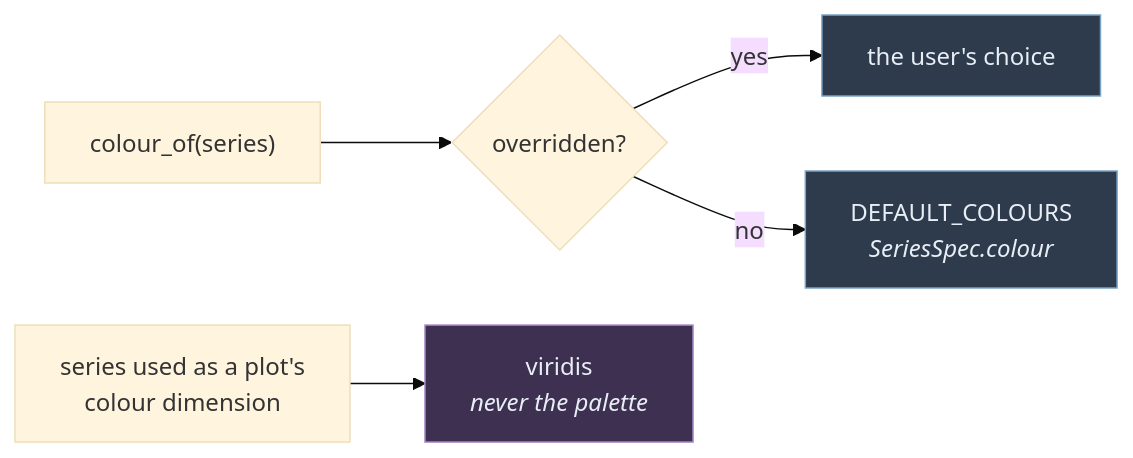
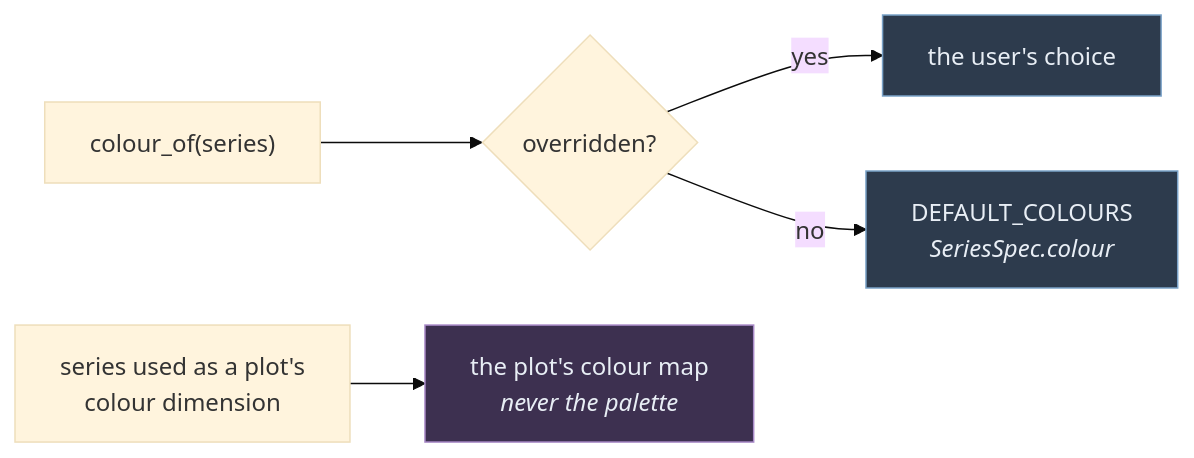
One commit to fabstr/voicevis changed the second of 3 diagrams in src/SeriesRegistry.md. Above: the diagram before and after it, drawn with Mermaid (base theme). The commit also changed other lines of this file and 37 other files, not shown here.

````diff
--- a/src/SeriesRegistry.md
+++ b/src/SeriesRegistry.md
@@ -92,13 +92,13 @@
 ```mermaid
 flowchart LR
     Q["colour_of(series)"] --> O{"overridden?"}
     O -- yes --> U["the user's choice"]
     O -- no --> D["DEFAULT_COLOURS<br/><i>SeriesSpec.colour</i>"]
 
-    Z["series used as a plot's<br/>colour dimension"] --> V["viridis<br/><i>never the palette</i>"]
+    Z["series used as a plot's<br/>colour dimension"] --> V["the plot's colour map<br/><i>never the palette</i>"]
 
     classDef l fill:#2d3b4d,stroke:#7aa2c8,color:#e8eef5
     classDef v fill:#3d3050,stroke:#a98ac8,color:#e8eef5
     class U,D l
     class V v
 ```
````
